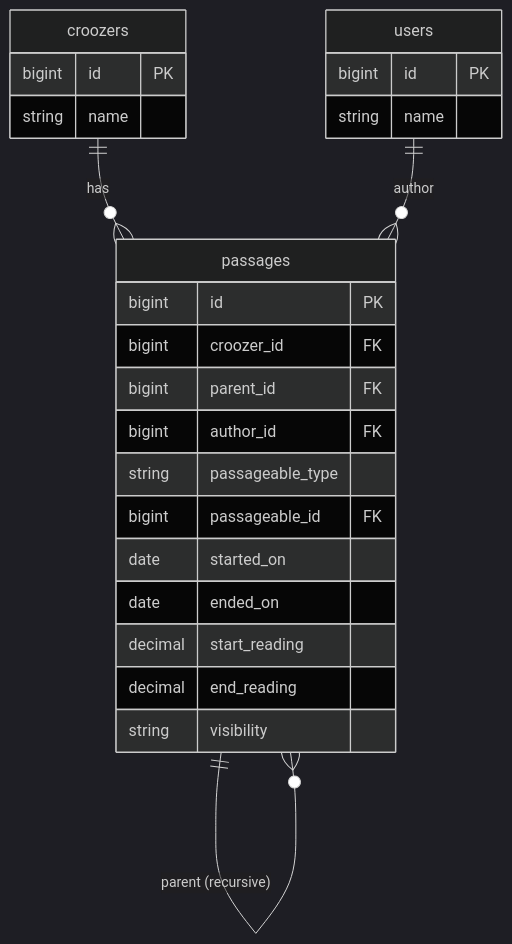
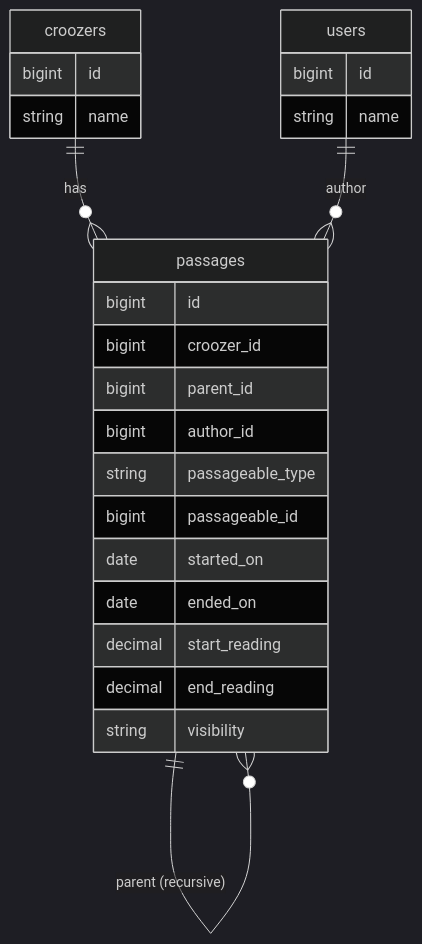
One commit to fcatuhe/crooz changed the fourth of 7 diagrams in .specs/schema.md. Above: the diagram before and after it, drawn with Mermaid (dark theme). The commit also changed other lines of this file, not shown here.

````diff
--- a/.specs/schema.md
+++ b/.specs/schema.md
@@ -247,30 +247,30 @@
 ```mermaid
 erDiagram
     croozers {
-        bigint id PK
+        bigint id
         string name
     }
 
     users {
-        bigint id PK
+        bigint id
         string name
     }
 
     passages {
-        bigint id PK
-        bigint croozer_id FK
-        bigint parent_id FK
-        bigint author_id FK
+        bigint id
+        bigint croozer_id
+        bigint parent_id
+        bigint author_id
         string passageable_type
-        bigint passageable_id FK
+        bigint passageable_id
         date started_on
         date ended_on
         decimal start_reading
         decimal end_reading
         string visibility
     }
 
     croozers ||--o{ passages : "has"
     users ||--o{ passages : "author"
     passages ||--o{ passages : "parent (recursive)"
 ```
````
